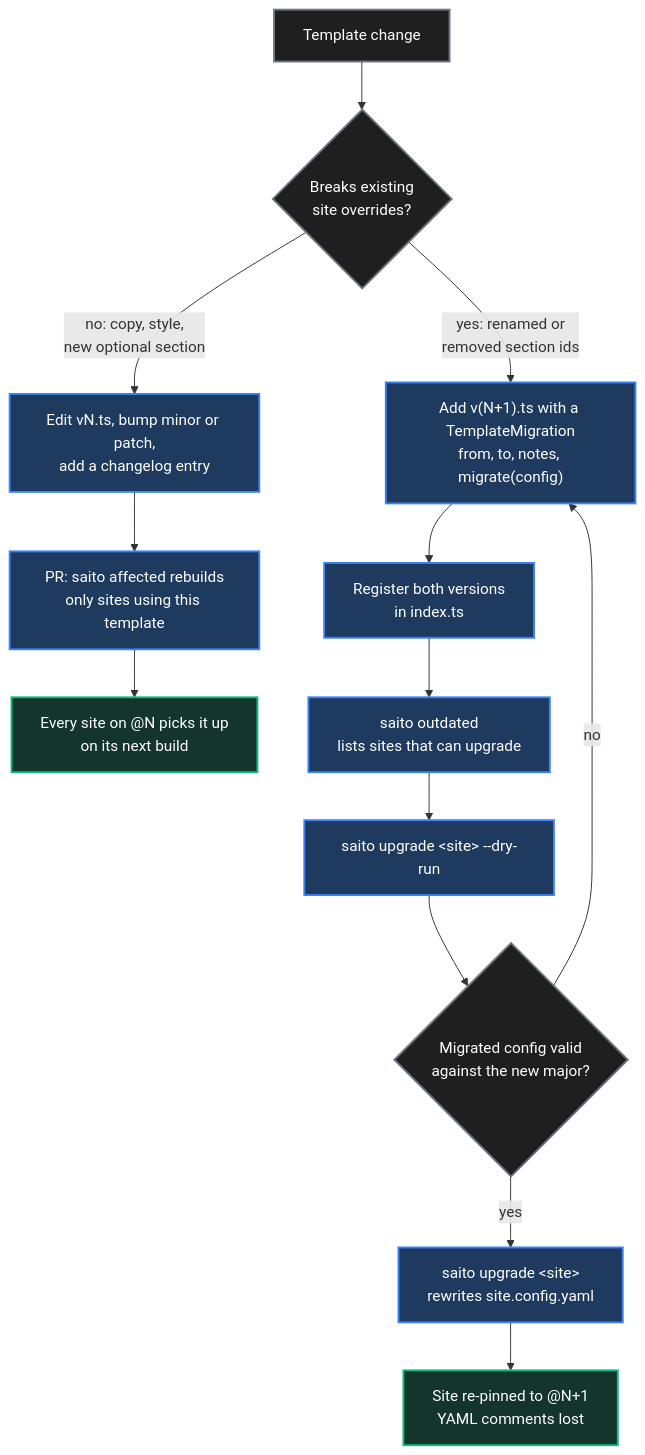
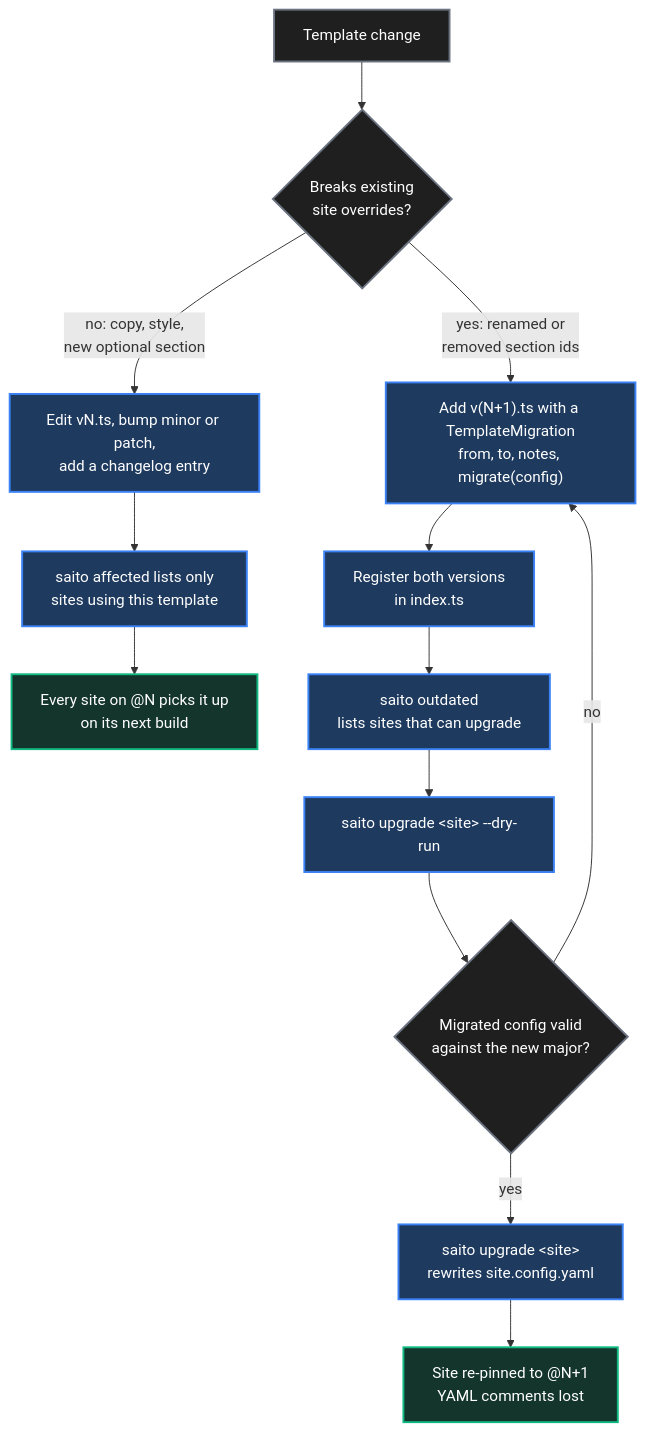
Diagram 12 of 21 in README.md (Gualtix/saito-builder), drawn with Mermaid before and after one commit. The commit also changed other lines of this file and 9 other files, not shown here.

````diff
--- a/README.md
+++ b/README.md
@@ -547,26 +547,26 @@
 ```mermaid
 flowchart TD
   classDef blue  fill:#1e3a5f,stroke:#3b82f6,stroke-width:2px,color:#ffffff,filter:none
   classDef green fill:#14352c,stroke:#10b981,stroke-width:2px,color:#ffffff,filter:none
   classDef red   fill:#3b1a1a,stroke:#ef4444,stroke-width:2px,color:#ffffff,filter:none
   classDef teal  fill:#0f2d2d,stroke:#14b8a6,stroke-width:2px,color:#ffffff,filter:none
   classDef gray  fill:#1f1f1f,stroke:#6b7280,stroke-width:2px,color:#ffffff,filter:none
 
   M0["Template change"] --> M1{"Breaks existing<br>site overrides?"}
   M1 -->|"no: copy, style,<br>new optional section"| M2["Edit vN.ts, bump minor or patch,<br>add a changelog entry"]
-  M2 --> M3["PR: saito affected rebuilds<br>only sites using this template"]
+  M2 --> M3["saito affected lists only<br>sites using this template"]
   M3 --> M4["Every site on @N picks it up<br>on its next build"]
   M1 -->|"yes: renamed or<br>removed section ids"| M5["Add v(N+1).ts with a TemplateMigration<br>from, to, notes, migrate(config)"]
   M5 --> M6["Register both versions<br>in index.ts"]
   M6 --> M7["saito outdated<br>lists sites that can upgrade"]
   M7 --> M8["saito upgrade &lt;site&gt; --dry-run"]
   M8 --> M9{"Migrated config valid<br>against the new major?"}
   M9 -->|"no"| M5
   M9 -->|"yes"| M10["saito upgrade &lt;site&gt;<br>rewrites site.config.yaml"]
   M10 --> M11["Site re-pinned to @N+1<br>YAML comments lost"]
 
   class M0 gray
   class M1,M9 gray
   class M2,M3,M5,M6,M7,M8,M10 blue
   class M4,M11 green
 ```
````
